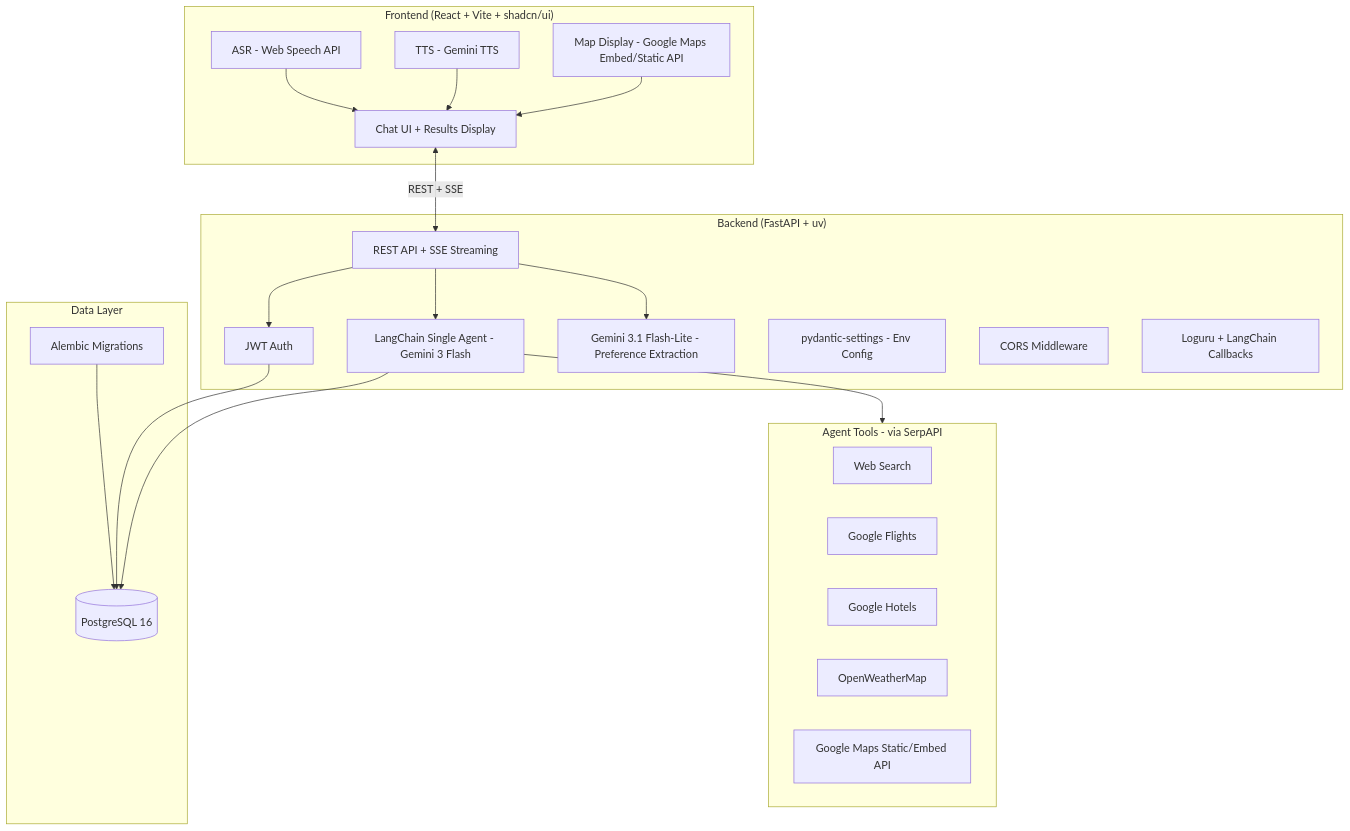
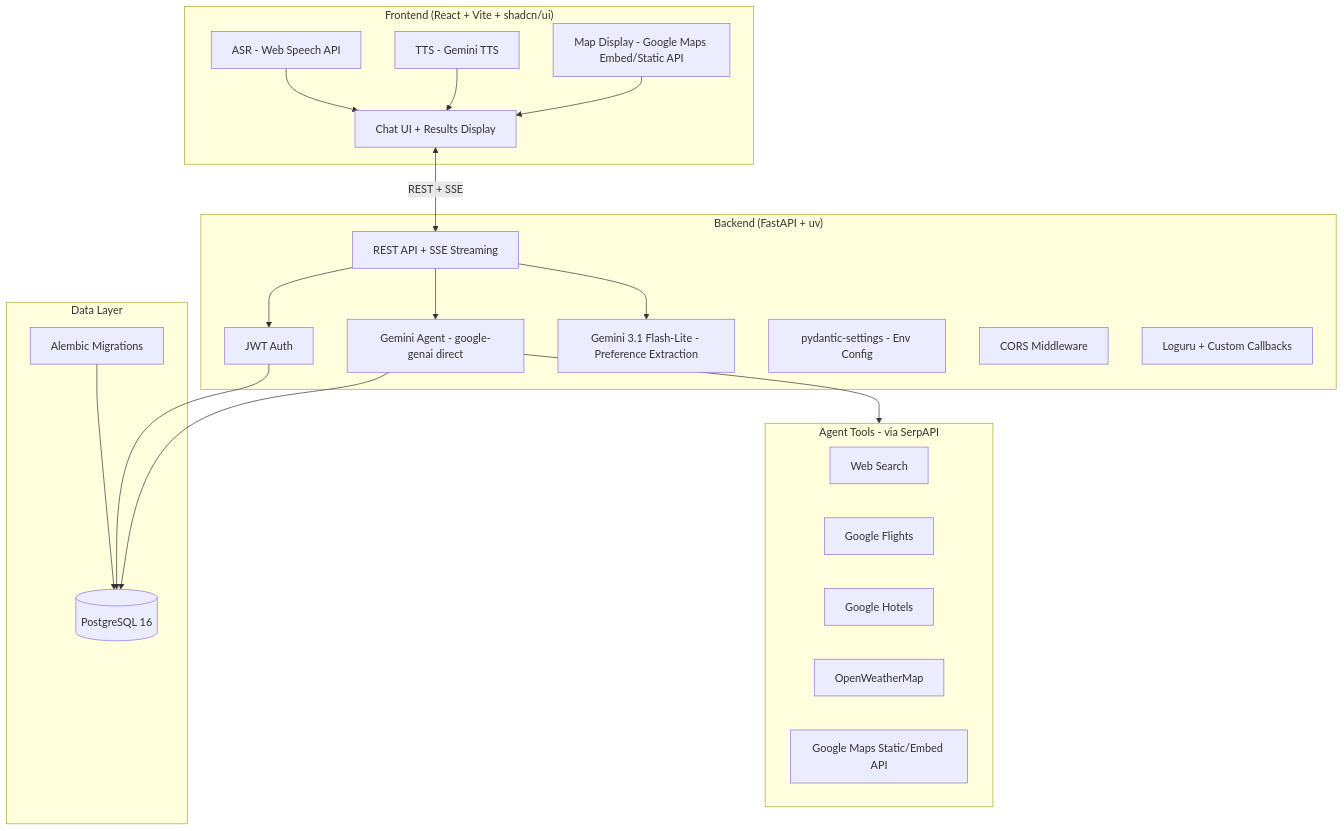
One commit to davidwkk/GoGoGo changed the diagram in INFRA_PLAN.md. Above: the diagram before and after it, drawn with Mermaid. The commit also changed other lines of this file and 7 other files, not shown here.

````diff
--- a/INFRA_PLAN.md
+++ b/INFRA_PLAN.md
@@ -5,44 +5,44 @@
 ```mermaid
 graph TB
     subgraph Frontend ["Frontend (React + Vite + shadcn/ui)"]
         UI[Chat UI + Results Display]
         STT[ASR - Web Speech API]
         TTS[TTS - Gemini TTS]
         MAP[Map Display - Google Maps Embed/Static API]
     end
 
     subgraph Backend ["Backend (FastAPI + uv)"]
         API[REST API + SSE Streaming]
         Auth[JWT Auth]
-        Agent[LangChain Single Agent - Gemini 3 Flash]
+        Agent[Gemini Agent - google-genai direct]
         LiteAgent[Gemini 3.1 Flash-Lite - Preference Extraction]
         Config[pydantic-settings - Env Config]
         CORS[CORS Middleware]
-        Logging[Loguru + LangChain Callbacks]
+        Logging[Loguru + Custom Callbacks]
     end
 
     subgraph Tools ["Agent Tools - via SerpAPI"]
         WebSearch[Web Search]
         FlightSearch[Google Flights]
         HotelSearch[Google Hotels]
         WeatherAPI[OpenWeatherMap]
         MapsAPI[Google Maps Static/Embed API]
     end
 
     subgraph DB ["Data Layer"]
         PG[(PostgreSQL 16)]
         Alembic[Alembic Migrations]
     end
 
     UI <-->|REST + SSE| API
     STT --> UI
     TTS --> UI
     MAP --> UI
     API --> Auth
     API --> Agent
     API --> LiteAgent
     Agent --> Tools
     Agent --> PG
     Auth --> PG
     Alembic --> PG
 ```
````
